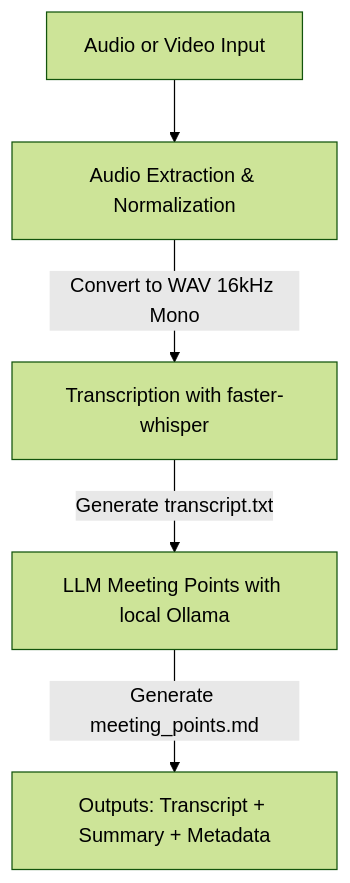
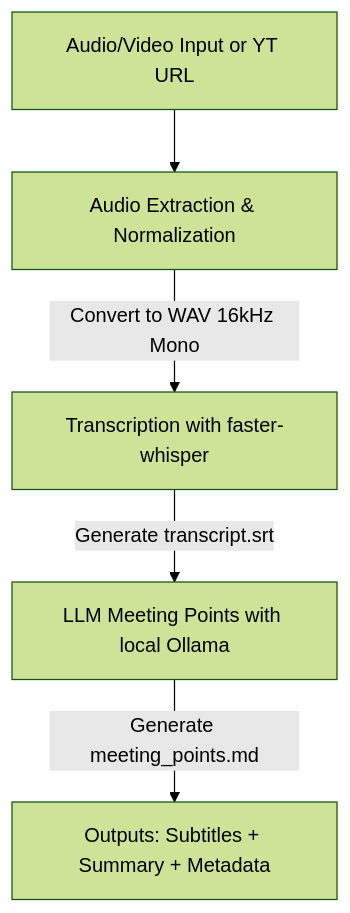
One commit to ArtroxGabriel/clerk changed the diagram in README.md. Above: the diagram before and after it, drawn with Mermaid (forest theme). The commit also changed other lines of this file and 13 other files, not shown here.

````diff
--- a/README.md
+++ b/README.md
@@ -11,7 +11,7 @@
 ```mermaid
 graph TD
-    A[Audio or Video Input] --> B[Audio Extraction & Normalization]
+    A[Audio/Video Input or YT URL] --> B[Audio Extraction & Normalization]
     B -->|Convert to WAV 16kHz Mono| C[Transcription with faster-whisper]
-    C -->|Generate transcript.txt| D[LLM Meeting Points with local Ollama]
-    D -->|Generate meeting_points.md| E[Outputs: Transcript + Summary + Metadata]
+    C -->|Generate transcript.srt| D[LLM Meeting Points with local Ollama]
+    D -->|Generate meeting_points.md| E[Outputs: Subtitles + Summary + Metadata]
 ```
````
